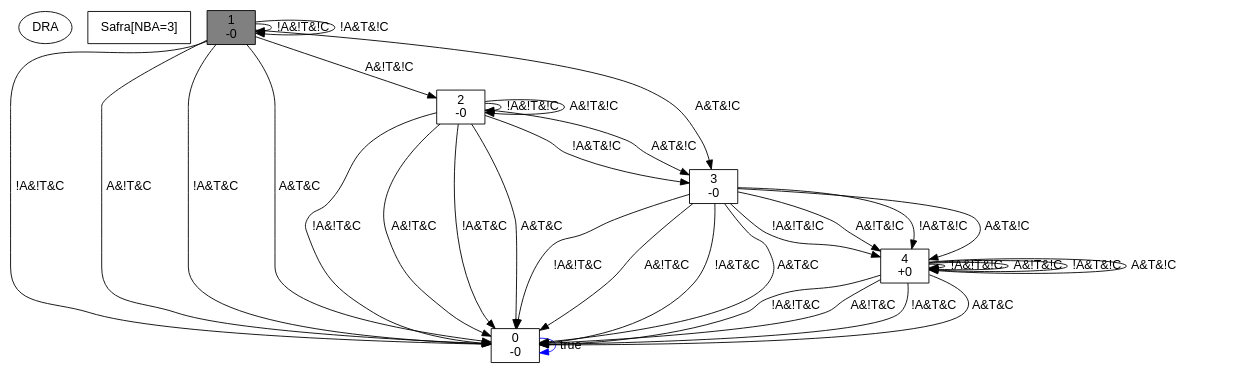
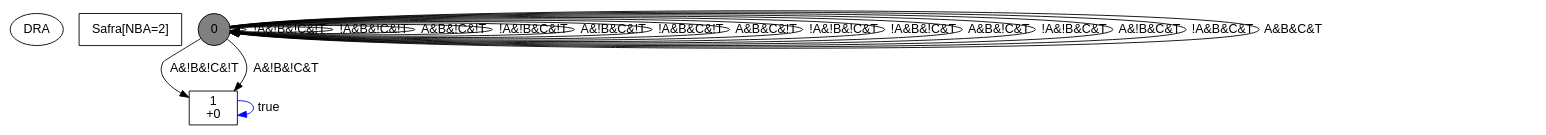
One commit to gaoqitong/DRA_Guide_Planning changed the diagram in my.dot. Above: the diagram before and after it, drawn with Graphviz. The commit also changed 27 other files, not shown here.

```diff
--- a/my.dot
+++ b/my.dot
@@ -1,44 +1,25 @@
 digraph DRA {
  node [fontname=Helvetica]
  edge [constraints=false, fontname=Helvetica]
 "type" [shape=ellipse, label="DRA"]
-"comment" [shape=box, label="Safra[NBA=3]"]
-"0" [label= "0\n -0", shape=box]
-"0" -> "0" [label=" true", color=blue]
-"1" [label= "1\n -0", shape=box, style=filled, color=black, fillcolor=grey]
-"1" -> "1" [label=" !A&!T&!C"]
-"1" -> "2" [label=" A&!T&!C"]
-"1" -> "1" [label=" !A&T&!C"]
-"1" -> "3" [label=" A&T&!C"]
-"1" -> "0" [label=" !A&!T&C"]
-"1" -> "0" [label=" A&!T&C"]
-"1" -> "0" [label=" !A&T&C"]
-"1" -> "0" [label=" A&T&C"]
-"2" [label= "2\n -0", shape=box]
-"2" -> "2" [label=" !A&!T&!C"]
-"2" -> "2" [label=" A&!T&!C"]
-"2" -> "3" [label=" !A&T&!C"]
-"2" -> "3" [label=" A&T&!C"]
-"2" -> "0" [label=" !A&!T&C"]
-"2" -> "0" [label=" A&!T&C"]
-"2" -> "0" [label=" !A&T&C"]
-"2" -> "0" [label=" A&T&C"]
-"3" [label= "3\n -0", shape=box]
-"3" -> "4" [label=" !A&!T&!C"]
-"3" -> "4" [label=" A&!T&!C"]
-"3" -> "4" [label=" !A&T&!C"]
-"3" -> "4" [label=" A&T&!C"]
-"3" -> "0" [label=" !A&!T&C"]
-"3" -> "0" [label=" A&!T&C"]
-"3" -> "0" [label=" !A&T&C"]
-"3" -> "0" [label=" A&T&C"]
-"4" [label= "4\n +0", shape=box]
-"4" -> "4" [label=" !A&!T&!C"]
-"4" -> "4" [label=" A&!T&!C"]
-"4" -> "4" [label=" !A&T&!C"]
-"4" -> "4" [label=" A&T&!C"]
-"4" -> "0" [label=" !A&!T&C"]
-"4" -> "0" [label=" A&!T&C"]
-"4" -> "0" [label=" !A&T&C"]
-"4" -> "0" [label=" A&T&C"]
+"comment" [shape=box, label="Safra[NBA=2]"]
+"0" [label= "0", shape=circle, style=filled, color=black, fillcolor=grey]
+"0" -> "0" [label=" !A&!B&!C&!T"]
+"0" -> "1" [label=" A&!B&!C&!T"]
+"0" -> "0" [label=" !A&B&!C&!T"]
+"0" -> "0" [label=" A&B&!C&!T"]
+"0" -> "0" [label=" !A&!B&C&!T"]
+"0" -> "0" [label=" A&!B&C&!T"]
+"0" -> "0" [label=" !A&B&C&!T"]
+"0" -> "0" [label=" A&B&C&!T"]
+"0" -> "0" [label=" !A&!B&!C&T"]
+"0" -> "1" [label=" A&!B&!C&T"]
+"0" -> "0" [label=" !A&B&!C&T"]
+"0" -> "0" [label=" A&B&!C&T"]
+"0" -> "0" [label=" !A&!B&C&T"]
+"0" -> "0" [label=" A&!B&C&T"]
+"0" -> "0" [label=" !A&B&C&T"]
+"0" -> "0" [label=" A&B&C&T"]
+"1" [label= "1\n +0", shape=box]
+"1" -> "1" [label=" true", color=blue]
 }
```
